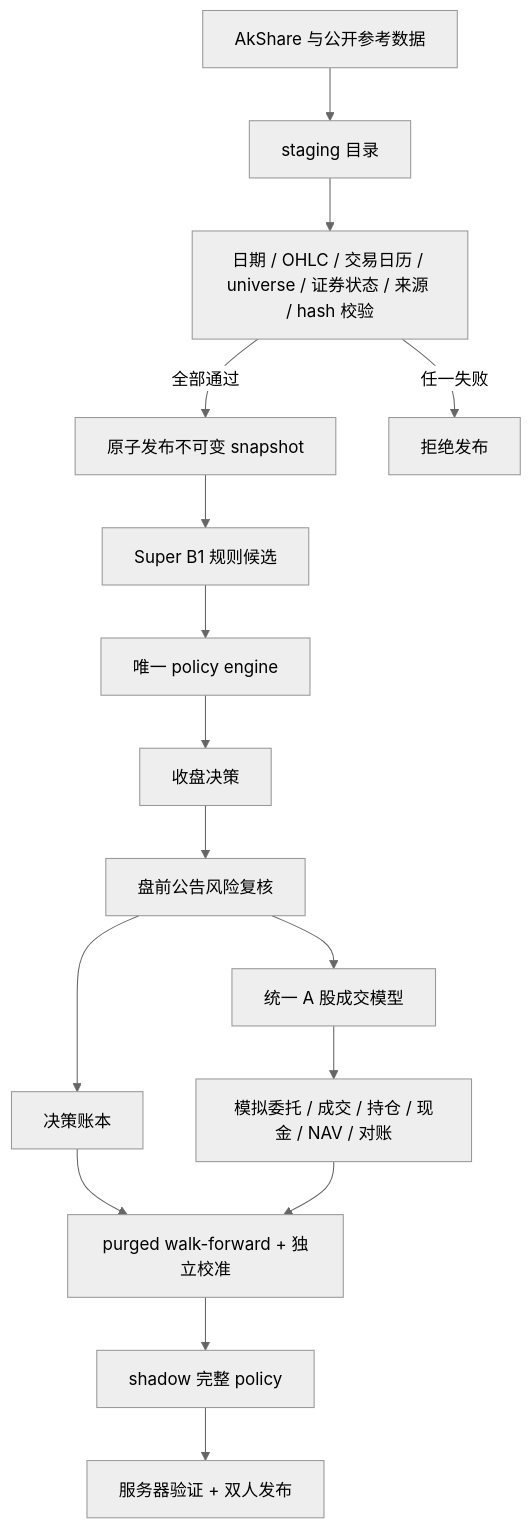
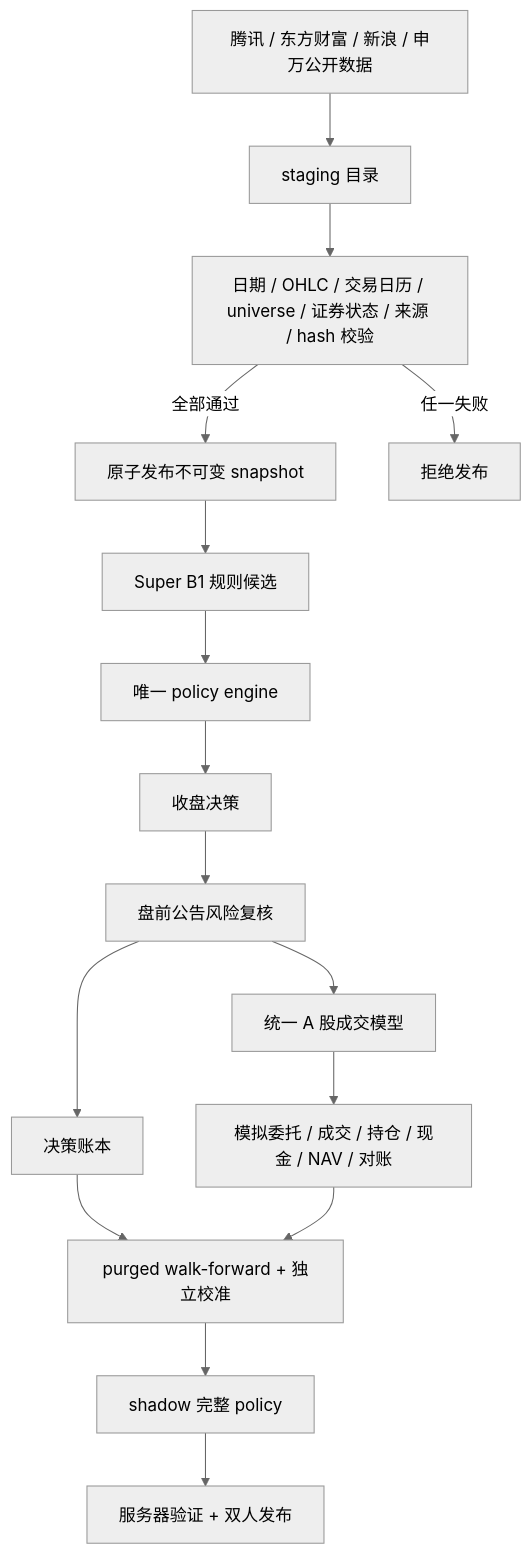
Before and after one commit to garyzheng0714-lang/a-share-quant-selector: the diagram in docs/architecture.md, drawn with Mermaid (neutral theme). The commit also changed other lines of this file and 36 other files, not shown here.

````diff
--- a/docs/architecture.md
+++ b/docs/architecture.md
@@ -7,18 +7,18 @@
 ```mermaid
 flowchart TD
-    E["AkShare 与公开参考数据"] --> S["staging 目录"]
+    E["腾讯 / 东方财富 / 新浪 / 申万公开数据"] --> S["staging 目录"]
     S --> V["日期 / OHLC / 交易日历 / universe / 证券状态 / 来源 / hash 校验"]
     V -->|"全部通过"| P["原子发布不可变 snapshot"]
     V -->|"任一失败"| X["拒绝发布"]
     P --> B["Super B1 规则候选"]
     B --> H["唯一 policy engine"]
     H --> C["收盘决策"]
     C --> R["盘前公告风险复核"]
     R --> L["决策账本"]
     R --> T["统一 A 股成交模型"]
     T --> Q["模拟委托 / 成交 / 持仓 / 现金 / NAV / 对账"]
     L --> O["purged walk-forward + 独立校准"]
     Q --> O
     O --> G["shadow 完整 policy"]
     G --> A["服务器验证 + 双人发布"]
 ```
````
